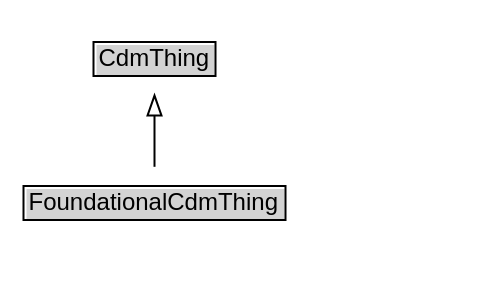
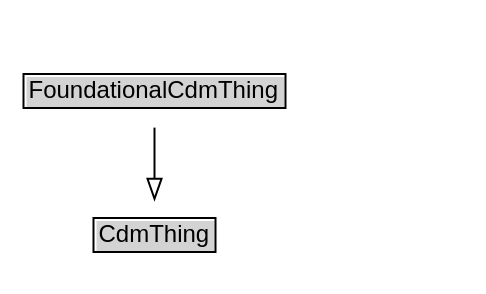
One commit to k-vaughn/ontology-cdm-p1-v1 changed the diagram in docs/diagrams/FoundationalCdmThing.dot. Above: the diagram before and after it, drawn with Graphviz. The commit also changed 283 other files, not shown here.

```diff
--- a/docs/diagrams/FoundationalCdmThing.dot
+++ b/docs/diagrams/FoundationalCdmThing.dot
@@ -1,16 +1,16 @@
 // Diagram for FoundationalCdmThing
 digraph {
 	graph [overlap=false rankdir=TB splines=true]
 	node [fontname=Arial fontsize=12 margin=0 shape=none]
 	edge [fontname=Arial fontsize=11]
+	FoundationalCdmThing [label=<<TABLE BORDER="1" CELLBORDER="0" CELLSPACING="0" CELLPADDING="1"><TR><TD BGCOLOR="lightgray" ALIGN="CENTER">FoundationalCdmThing</TD></TR></TABLE>> URL="../FoundationalCdmThing" margin=0]
 	{
 		rank=max
-		FoundationalCdmThing [label=<<TABLE BORDER="1" CELLBORDER="0" CELLSPACING="0" CELLPADDING="1"><TR><TD BGCOLOR="lightgray" ALIGN="CENTER" PORT="e">FoundationalCdmThing</TD></TR></TABLE>> URL="../FoundationalCdmThing.md" margin=0]
 	}
 	subgraph cluster_associated {
 		label="" style=invis
 		Invis [label=<<TABLE BORDER="0" CELLBORDER="0" CELLSPACING="0" CELLPADDING="1"><TR><TD></TD></TR></TABLE>> margin=0 style=invis]
 	}
-	CdmThing [label=<<TABLE BORDER="1" CELLBORDER="0" CELLSPACING="0" CELLPADDING="1"><TR><TD BGCOLOR="lightgray" ALIGN="CENTER">CdmThing</TD></TR></TABLE>> URL="../CdmThing.md" margin=0]
+	CdmThing [label=<<TABLE BORDER="1" CELLBORDER="0" CELLSPACING="0" CELLPADDING="1"><TR><TD BGCOLOR="lightgray" ALIGN="CENTER">CdmThing</TD></TR></TABLE>> URL="../CdmThing" margin=0]
 	FoundationalCdmThing -> CdmThing [arrowhead=onormal style=solid]
 }
```
